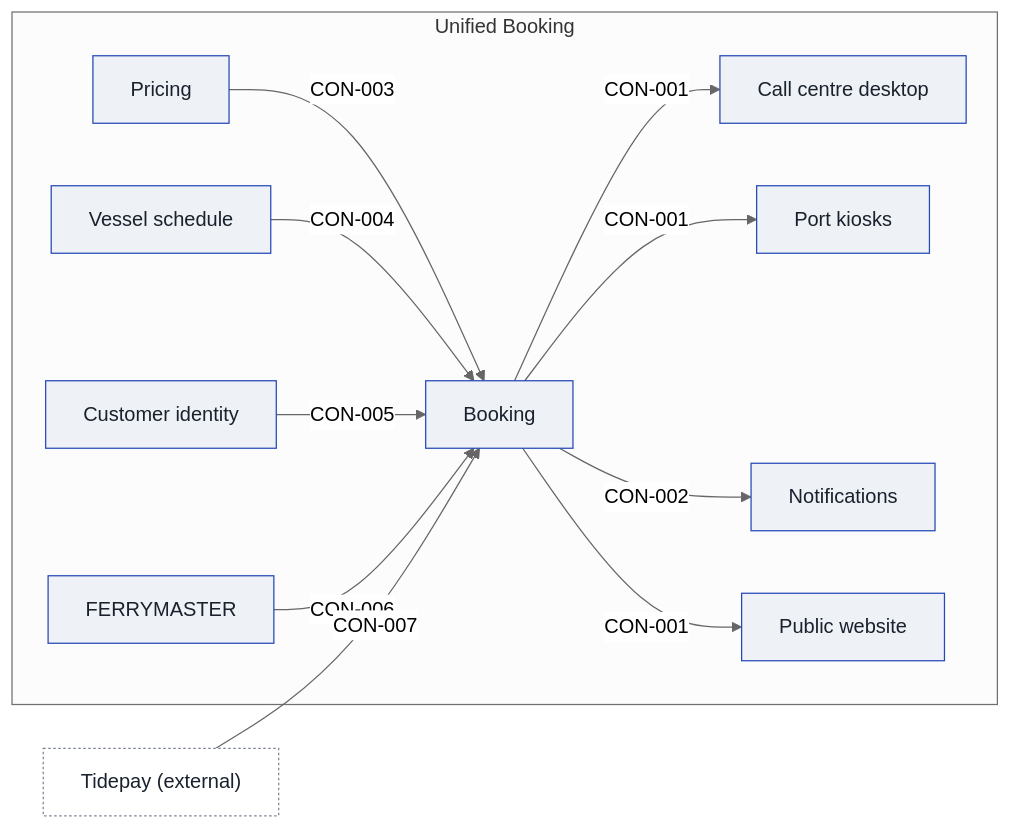
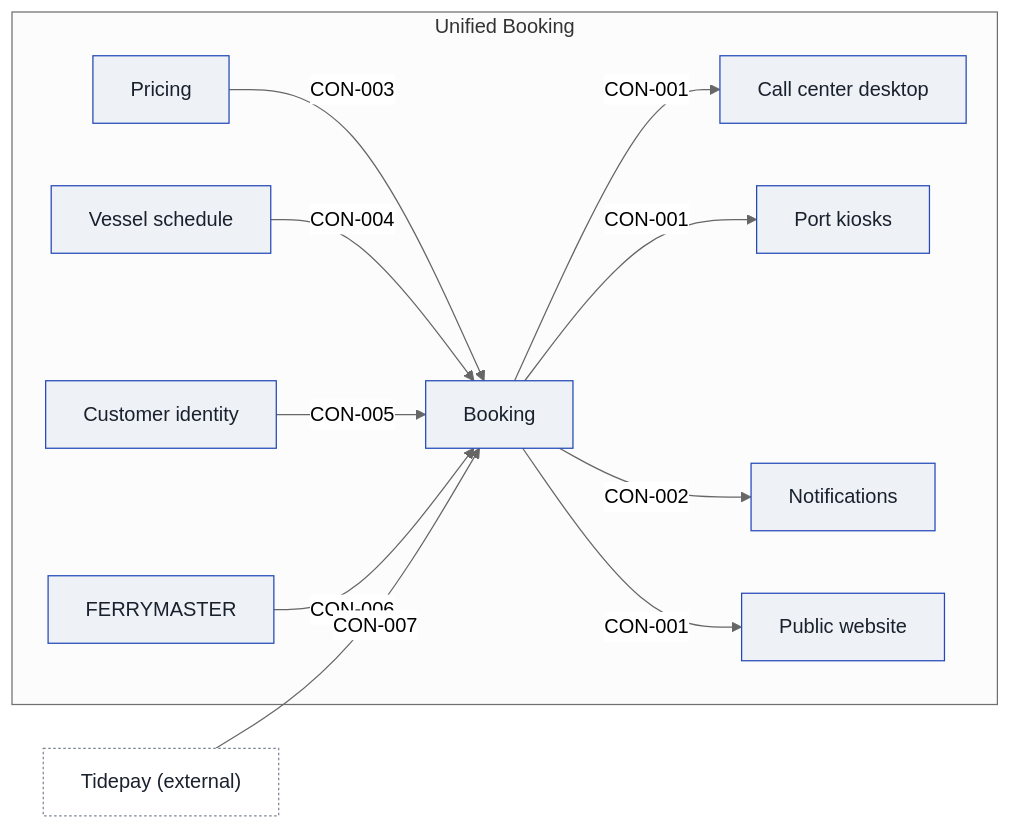
Before and after one commit to smalls257/vela: the second of 2 diagrams in examples/unified-booking/03-context-and-scope.md, drawn with Mermaid (neutral theme). The commit also changed other lines of this file and 236 other files, not shown here.

````diff
--- a/examples/unified-booking/03-context-and-scope.md
+++ b/examples/unified-booking/03-context-and-scope.md
@@ -39,28 +39,28 @@
 ```mermaid
 flowchart LR
   subgraph scope["Unified Booking"]
     n_APP_booking["Booking"]
-    n_APP_call_centre["Call centre desktop"]
+    n_APP_call_center["Call center desktop"]
     n_APP_customer_identity["Customer identity"]
     n_APP_ferrymaster["FERRYMASTER"]
     n_APP_kiosks["Port kiosks"]
     n_APP_notifications["Notifications"]
     n_APP_pricing["Pricing"]
     n_APP_vessel_schedule["Vessel schedule"]
     n_APP_website["Public website"]
   end
   x_tidepay__external_["Tidepay (external)"]
-  n_APP_booking -->|"CON-001"| n_APP_call_centre
+  n_APP_booking -->|"CON-001"| n_APP_call_center
   n_APP_booking -->|"CON-001"| n_APP_kiosks
   n_APP_booking -->|"CON-001"| n_APP_website
   n_APP_booking -->|"CON-002"| n_APP_notifications
   n_APP_pricing -->|"CON-003"| n_APP_booking
   n_APP_vessel_schedule -->|"CON-004"| n_APP_booking
   n_APP_customer_identity -->|"CON-005"| n_APP_booking
   n_APP_ferrymaster -->|"CON-006"| n_APP_booking
   x_tidepay__external_ -->|"CON-007"| n_APP_booking
   classDef app fill:#eef1f5,stroke:#2448b8,color:#19212d
   classDef external fill:#ffffff,stroke:#7a8494,color:#19212d,stroke-dasharray:2 2
-  class n_APP_booking,n_APP_call_centre,n_APP_customer_identity,n_APP_ferrymaster,n_APP_kiosks,n_APP_notifications,n_APP_pricing,n_APP_vessel_schedule,n_APP_website app
+  class n_APP_booking,n_APP_call_center,n_APP_customer_identity,n_APP_ferrymaster,n_APP_kiosks,n_APP_notifications,n_APP_pricing,n_APP_vessel_schedule,n_APP_website app
   class x_tidepay__external_ external
 ```
````
